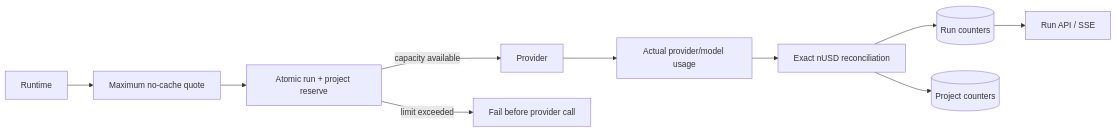
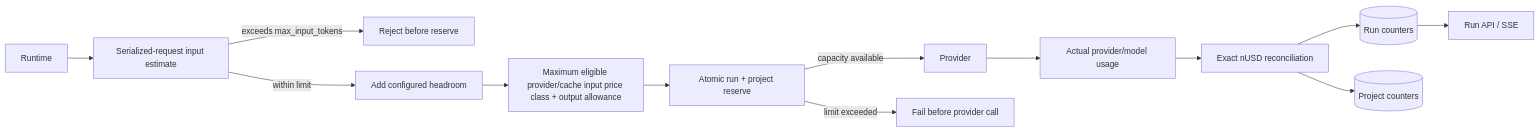
The first of 2 diagrams in docs/course/concepts/cost-usage-budgets.md (levalencia/archon), drawn with Mermaid before and after one commit. The commit also changed other lines of this file and 15 other files, not shown here.

````diff
--- a/docs/course/concepts/cost-usage-budgets.md
+++ b/docs/course/concepts/cost-usage-budgets.md
@@ -16,12 +17,15 @@
 ```mermaid
 flowchart LR
-    Runtime --> Quote[Maximum no-cache quote]
+    Runtime --> Estimate[Serialized-request input estimate]
+    Estimate -->|exceeds max_input_tokens| Block1[Reject before reserve]
+    Estimate -->|within limit| Headroom[Add configured headroom]
+    Headroom --> Quote[Maximum eligible provider/cache input price class + output allowance]
     Quote --> Reserve[Atomic run + project reserve]
     Reserve -->|capacity available| Provider
-    Reserve -->|limit exceeded| Block[Fail before provider call]
+    Reserve -->|limit exceeded| Block2[Fail before provider call]
     Provider --> Usage[Actual provider/model usage]
     Usage --> Reconcile[Exact nUSD reconciliation]
     Reconcile --> Run[(Run counters)]
     Reconcile --> Project[(Project counters)]
     Run --> API[Run API / SSE]
 ```
````
